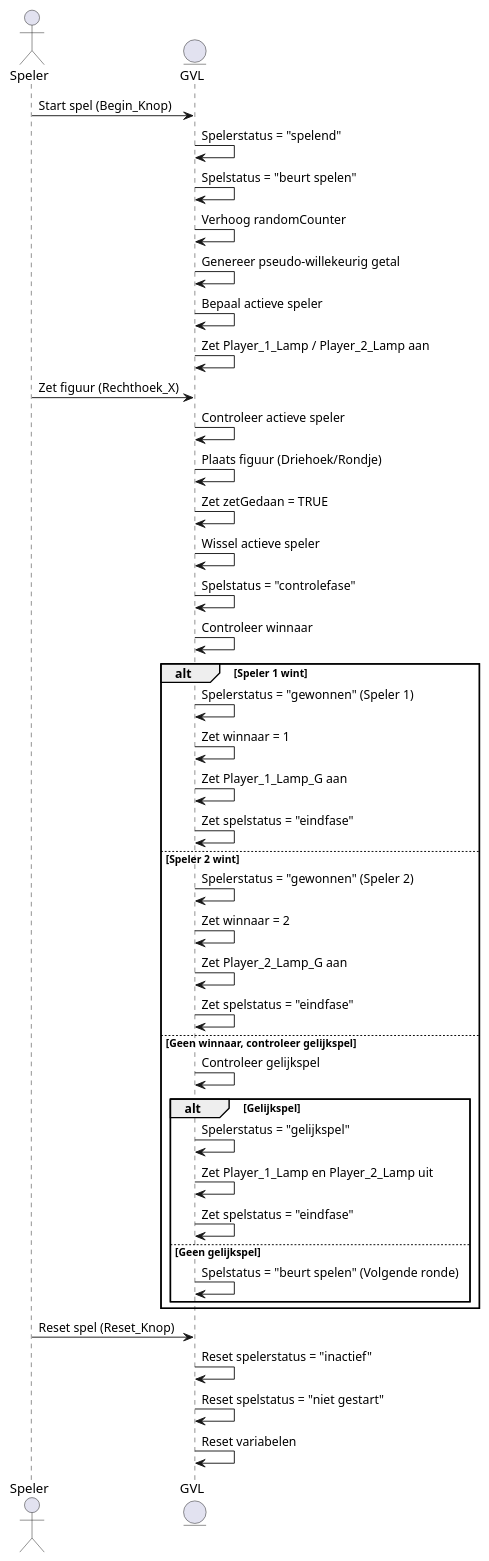
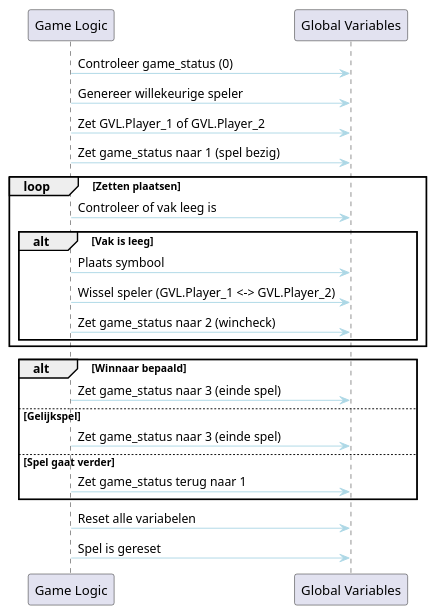
One commit to JurOtten/Proces-Safety changed the diagram in src/Sequence_Diagram_for_Task_Communication.md. Above: the diagram before and after it, drawn with PlantUML. The commit also changed other lines of this file and 3 other files, not shown here.

Commit message:
-Task diagram opnieuw herzien en aangepast v2 -Function diagram opnieuw herzien aanpgepast v2 -Task state diagrammen opnieuw herzien en aangepast

````diff
--- a/src/Sequence_Diagram_for_Task_Communication.md
+++ b/src/Sequence_Diagram_for_Task_Communication.md
@@ -3,52 +3,38 @@
 ```plantuml
 
 @startuml
-actor Speler
-entity GVL
 
-Speler -> GVL : Start spel (Begin_Knop)
-GVL -> GVL : Spelerstatus = "spelend"
-GVL -> GVL : Spelstatus = "beurt spelen"
-GVL -> GVL : Verhoog randomCounter
-GVL -> GVL : Genereer pseudo-willekeurig getal
-GVL -> GVL : Bepaal actieve speler
-GVL -> GVL : Zet Player_1_Lamp / Player_2_Lamp aan
+skinparam backgroundcolor transparent
+skinparam arrowcolor lightblue
 
-Speler -> GVL : Zet figuur (Rechthoek_X)
-GVL -> GVL : Controleer actieve speler
-GVL -> GVL : Plaats figuur (Driehoek/Rondje)
-GVL -> GVL : Zet zetGedaan = TRUE
-GVL -> GVL : Wissel actieve speler
-GVL -> GVL : Spelstatus = "controlefase"
+participant "Game Logic" as GVL
+participant "Global Variables" as GVL_VARS
 
-GVL -> GVL : Controleer winnaar
-alt Speler 1 wint
-    GVL -> GVL : Spelerstatus = "gewonnen" (Speler 1)
-    GVL -> GVL : Zet winnaar = 1
-    GVL -> GVL : Zet Player_1_Lamp_G aan
-    GVL -> GVL : Zet spelstatus = "eindfase"
-else Speler 2 wint
-    GVL -> GVL : Spelerstatus = "gewonnen" (Speler 2)
-    GVL -> GVL : Zet winnaar = 2
-    GVL -> GVL : Zet Player_2_Lamp_G aan
-    GVL -> GVL : Zet spelstatus = "eindfase"
-else Geen winnaar, controleer gelijkspel
-    GVL -> GVL : Controleer gelijkspel
-    alt Gelijkspel
-        GVL -> GVL : Spelerstatus = "gelijkspel"
-        GVL -> GVL : Zet Player_1_Lamp en Player_2_Lamp uit
-        GVL -> GVL : Zet spelstatus = "eindfase"
-    else Geen gelijkspel
-        GVL -> GVL : Spelstatus = "beurt spelen" (Volgende ronde)
+GVL -> GVL_VARS: Controleer game_status (0)
+GVL -> GVL_VARS: Genereer willekeurige speler
+GVL -> GVL_VARS: Zet GVL.Player_1 of GVL.Player_2
+GVL -> GVL_VARS: Zet game_status naar 1 (spel bezig)
+
+loop Zetten plaatsen
+    GVL -> GVL_VARS: Controleer of vak leeg is
+    alt Vak is leeg
+        GVL -> GVL_VARS: Plaats symbool
+        GVL -> GVL_VARS: Wissel speler (GVL.Player_1 <-> GVL.Player_2)
+        GVL -> GVL_VARS: Zet game_status naar 2 (wincheck)
     end
 end
 
-Speler -> GVL : Reset spel (Reset_Knop)
-GVL -> GVL : Reset spelerstatus = "inactief"
-GVL -> GVL : Reset spelstatus = "niet gestart"
-GVL -> GVL : Reset variabelen
+alt Winnaar bepaald
+    GVL -> GVL_VARS: Zet game_status naar 3 (einde spel)
+else Gelijkspel
+    GVL -> GVL_VARS: Zet game_status naar 3 (einde spel)
+else Spel gaat verder
+    GVL -> GVL_VARS: Zet game_status terug naar 1
+end
 
+GVL -> GVL_VARS: Reset alle variabelen
+GVL -> GVL_VARS: Spel is gereset
 @enduml
 
 
 ```
````
